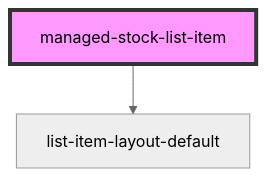
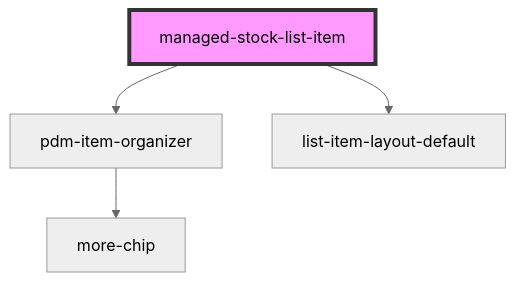
Before and after one commit to PharmaLedger-IMI/fgt-workspace: the diagram in pdm-web-components/src/components/managed-stock-list-item/readme.md, drawn with Mermaid (neutral theme). The commit also changed other lines of this file and 2 other files, not shown here.

Commit message:
refs #51 implementation for new layout complete

````diff
--- a/pdm-web-components/src/components/managed-stock-list-item/readme.md
+++ b/pdm-web-components/src/components/managed-stock-list-item/readme.md
@@ -45,5 +46,7 @@
 ```mermaid
 graph TD;
+  managed-stock-list-item --> pdm-item-organizer
   managed-stock-list-item --> list-item-layout-default
+  pdm-item-organizer --> more-chip
   style managed-stock-list-item fill:#f9f,stroke:#333,stroke-width:4px
 ```
````
